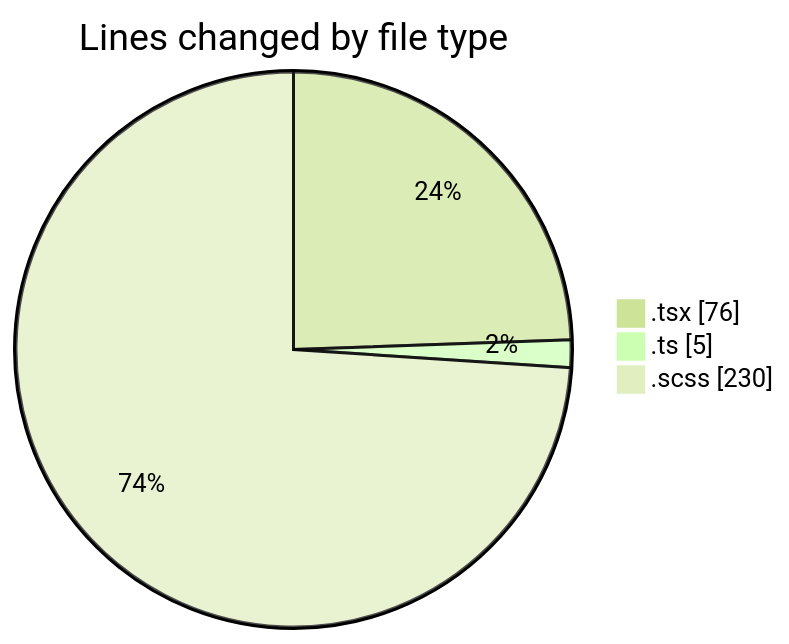
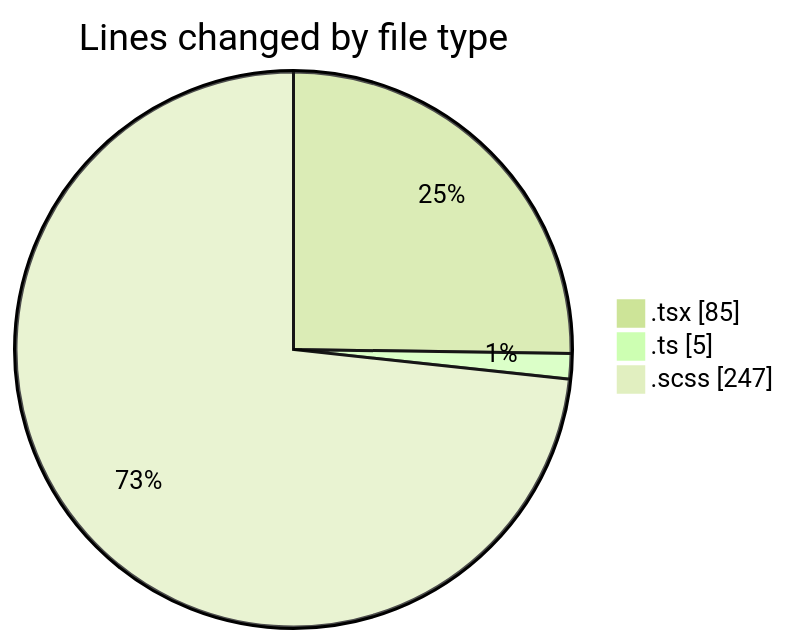
One commit to momahboobian/code-tracking changed the first of 2 diagrams in 2025-02-28/cda/README.md. Above: the diagram before and after it, drawn with Mermaid (forest theme). The commit also changed other lines of this file and 1 other file, not shown here.

````diff
--- a/2025-02-28/cda/README.md
+++ b/2025-02-28/cda/README.md
@@ -24,7 +24,7 @@
 ```mermaid
 pie showData
 title Lines changed by file type
-".tsx" : 76
+".tsx" : 85
 ".ts" : 5
-".scss" : 230
+".scss" : 247
 ```
````
